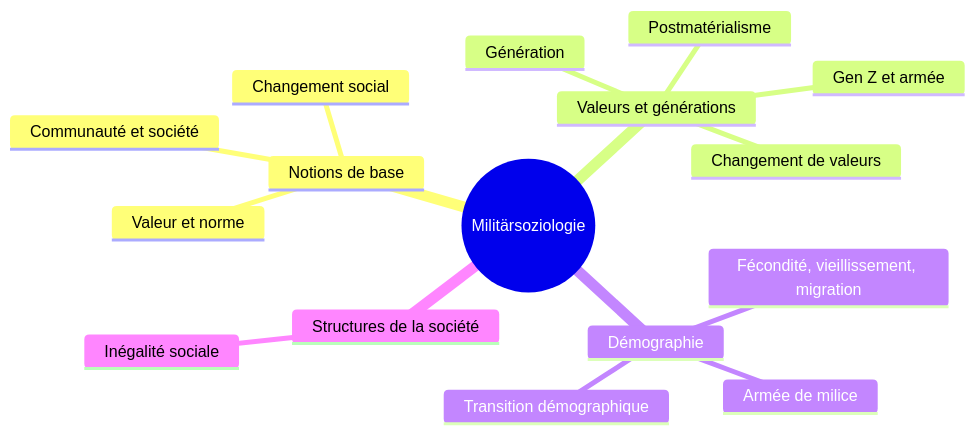
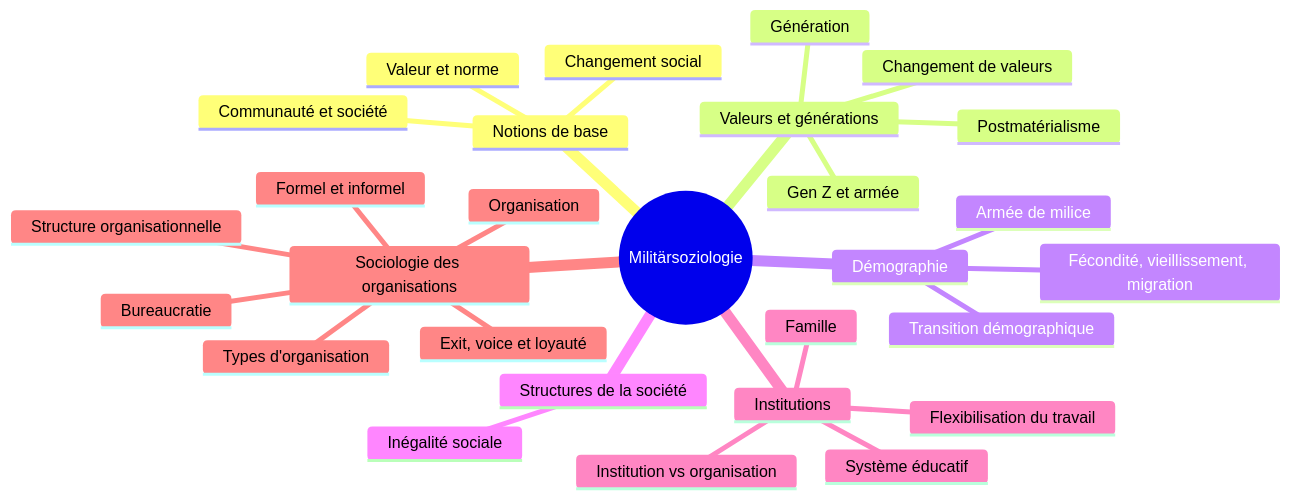
Before and after one commit to aidraxowl/NEXUS: the diagram in NEXUS/09-Learning/Course-Maps/HS26 - Militärsoziologie.md, drawn with Mermaid. The commit also changed other lines of this file and 123 other files, not shown here.

````diff
--- a/NEXUS/09-Learning/Course-Maps/HS26 - Militärsoziologie.md
+++ b/NEXUS/09-Learning/Course-Maps/HS26 - Militärsoziologie.md
@@ -18,19 +18,31 @@
 ```mermaid
 mindmap
   root((Militärsoziologie))
     Notions de base
       Valeur et norme
       Changement social
       Communauté et société
     Valeurs et générations
       Changement de valeurs
       Postmatérialisme
       Génération
       Gen Z et armée
     Démographie
       Transition démographique
       Fécondité, vieillissement, migration
       Armée de milice
     Structures de la société
       Inégalité sociale
+    Institutions
+      Institution vs organisation
+      Famille
+      Système éducatif
+      Flexibilisation du travail
+    Sociologie des organisations
+      Organisation
+      Types d'organisation
+      Structure organisationnelle
+      Bureaucratie
+      Formel et informel
+      Exit, voice et loyauté
 ```
````
